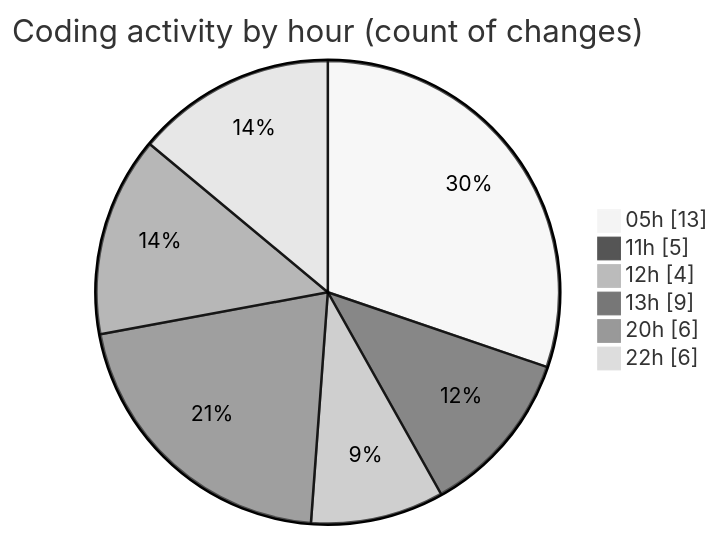
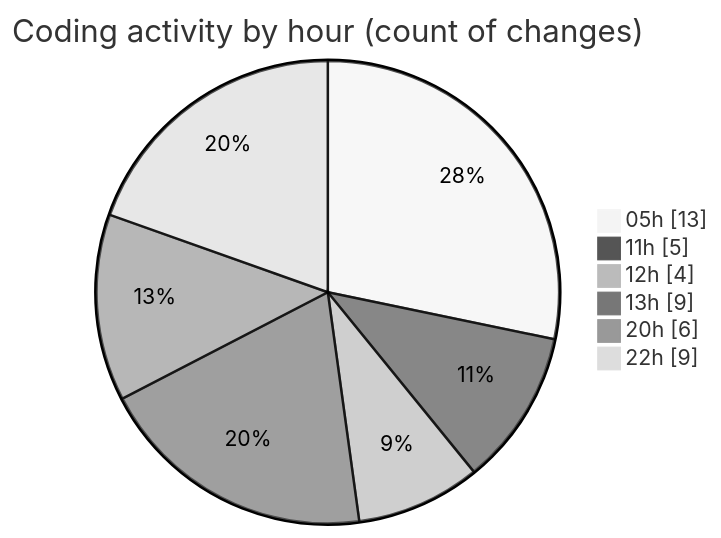
The second of 2 diagrams in 2025-09-10/hiai-phf/README.md (lephambinh05/code-tracking), drawn with Mermaid (neutral theme) before and after one commit. The commit also changed other lines of this file and 1 other file, not shown here.

````diff
--- a/2025-09-10/hiai-phf/README.md
+++ b/2025-09-10/hiai-phf/README.md
@@ -39,10 +39,10 @@
 ```mermaid
 pie showData
 title Coding activity by hour (count of changes)
 "05h" : 13
 "11h" : 5
 "12h" : 4
 "13h" : 9
 "20h" : 6
-"22h" : 6
+"22h" : 9
 ```
````
